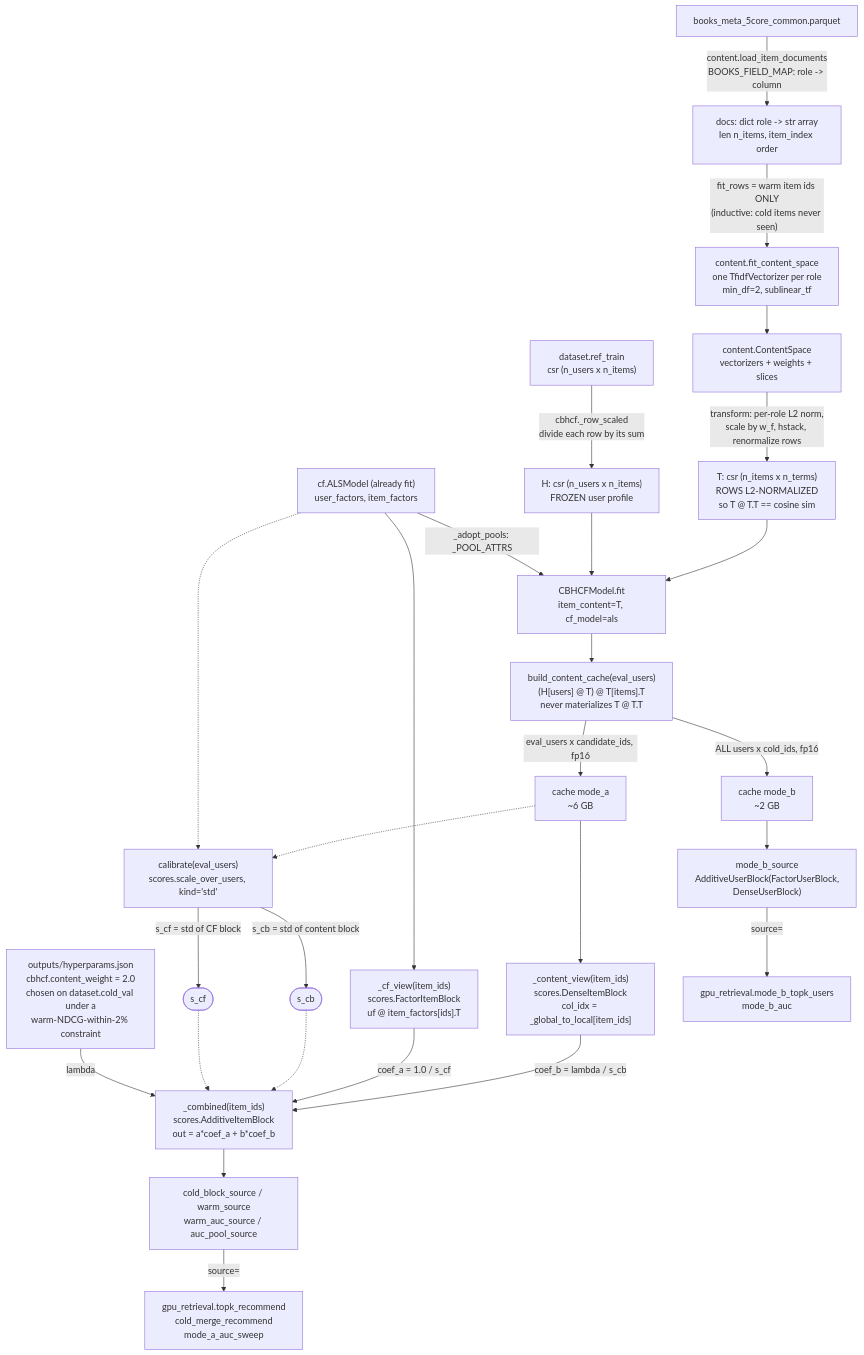
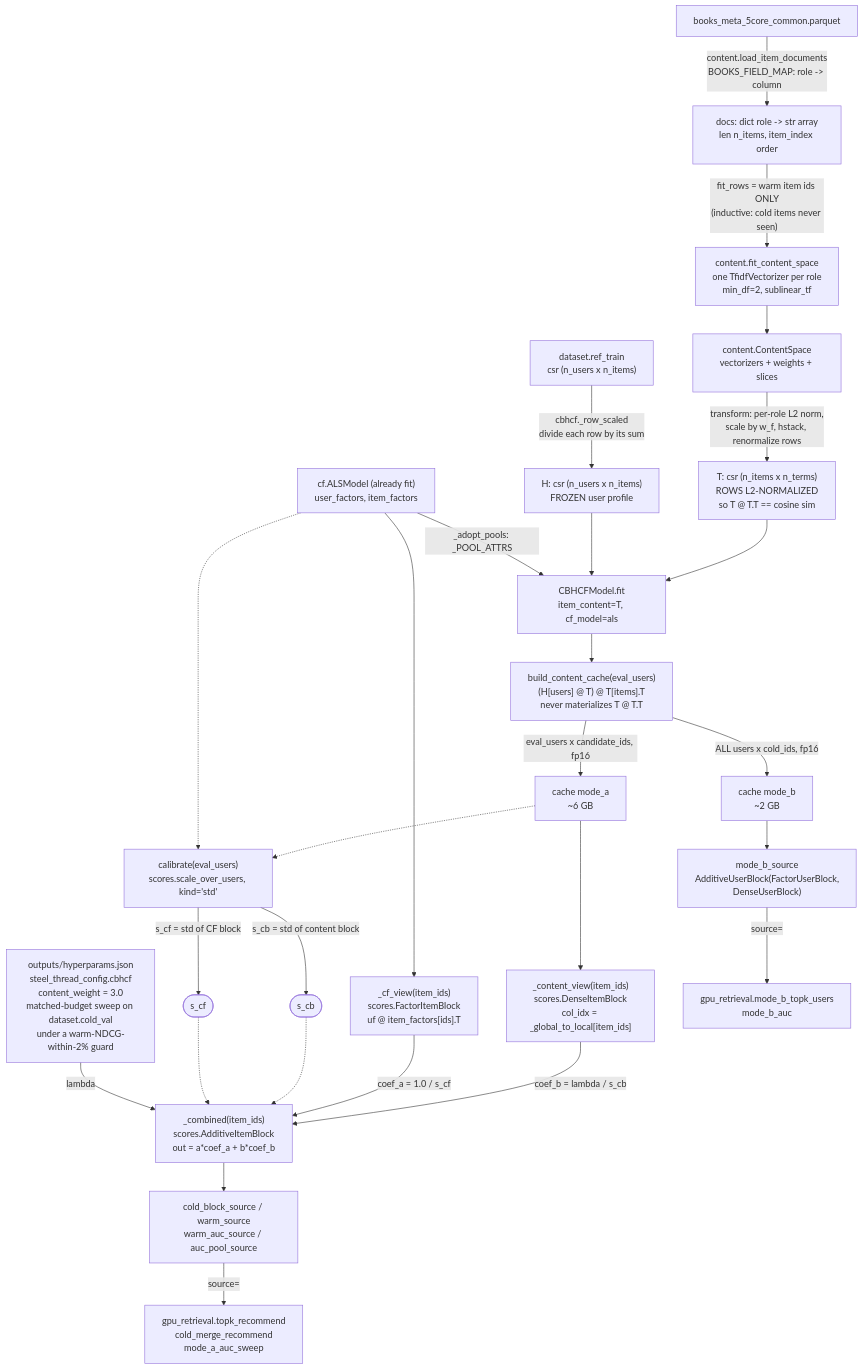
The diagram in design_documents/04-cbhcf-score-composition.md (jessylan/llm-cold-start-recsys), drawn with Mermaid before and after one commit. The commit also changed other lines of this file and 6 other files, not shown here.

Commit message:
Run new steel thread and update docs with results

````diff
--- a/design_documents/04-cbhcf-score-composition.md
+++ b/design_documents/04-cbhcf-score-composition.md
@@ -22,37 +22,37 @@
 ```mermaid
 flowchart TD
     META["books_meta_5core_common.parquet"] -->|"content.load_item_documents<br/>BOOKS_FIELD_MAP: role -&gt; column"| DOCS["docs: dict role -&gt; str array<br/>len n_items, item_index order"]
     DOCS -->|"fit_rows = warm item ids ONLY<br/>(inductive: cold items never seen)"| FCS["content.fit_content_space<br/>one TfidfVectorizer per role<br/>min_df=2, sublinear_tf"]
     FCS --> CS["content.ContentSpace<br/>vectorizers + weights + slices"]
     CS -->|"transform: per-role L2 norm,<br/>scale by w_f, hstack, renormalize rows"| T["T: csr (n_items x n_terms)<br/>ROWS L2-NORMALIZED<br/>so T @ T.T == cosine sim"]
 
     TRAIN["dataset.ref_train<br/>csr (n_users x n_items)"] -->|"cbhcf._row_scaled<br/>divide each row by its sum"| H["H: csr (n_users x n_items)<br/>FROZEN user profile"]
 
     T --> FITC["CBHCFModel.fit<br/>item_content=T, cf_model=als"]
     H --> FITC
     ALS["cf.ALSModel (already fit)<br/>user_factors, item_factors"] -->|"_adopt_pools: _POOL_ATTRS"| FITC
 
     FITC --> BCC["build_content_cache(eval_users)<br/>(H[users] @ T) @ T[items].T<br/>never materializes T @ T.T"]
     BCC -->|"eval_users x candidate_ids, fp16"| MA["cache mode_a<br/>~6 GB"]
     BCC -->|"ALL users x cold_ids, fp16"| MB["cache mode_b<br/>~2 GB"]
 
     MA --> CV["_content_view(item_ids)<br/>scores.DenseItemBlock<br/>col_idx = _global_to_local[item_ids]"]
     ALS --> CFV["_cf_view(item_ids)<br/>scores.FactorItemBlock<br/>uf @ item_factors[ids].T"]
 
     CAL["calibrate(eval_users)<br/>scores.scale_over_users, kind='std'"] -->|"s_cb = std of content block"| SCB(["s_cb"])
     CAL -->|"s_cf = std of CF block"| SCF(["s_cf"])
     MA -.-> CAL
     ALS -.-> CAL
 
     CV -->|"coef_b = lambda / s_cb"| ADD["_combined(item_ids)<br/>scores.AdditiveItemBlock<br/>out = a*coef_a + b*coef_b"]
     CFV -->|"coef_a = 1.0 / s_cf"| ADD
     SCB -.-> ADD
     SCF -.-> ADD
-    LAM["outputs/hyperparams.json<br/>cbhcf.content_weight = 2.0<br/>chosen on dataset.cold_val under a<br/>warm-NDCG-within-2% constraint"] -->|"lambda"| ADD
+    LAM["outputs/hyperparams.json<br/>steel_thread_config.cbhcf<br/>content_weight = 3.0<br/>matched-budget sweep on dataset.cold_val<br/>under a warm-NDCG-within-2% guard"] -->|"lambda"| ADD
 
     ADD --> SRCS["cold_block_source / warm_source<br/>warm_auc_source / auc_pool_source"]
     MB --> MBS["mode_b_source<br/>AdditiveUserBlock(FactorUserBlock,<br/>DenseUserBlock)"]
 
     SRCS -->|"source="| GPU["gpu_retrieval.topk_recommend<br/>cold_merge_recommend<br/>mode_a_auc_sweep"]
     MBS -->|"source="| GPUB["gpu_retrieval.mode_b_topk_users<br/>mode_b_auc"]
 ```
````
